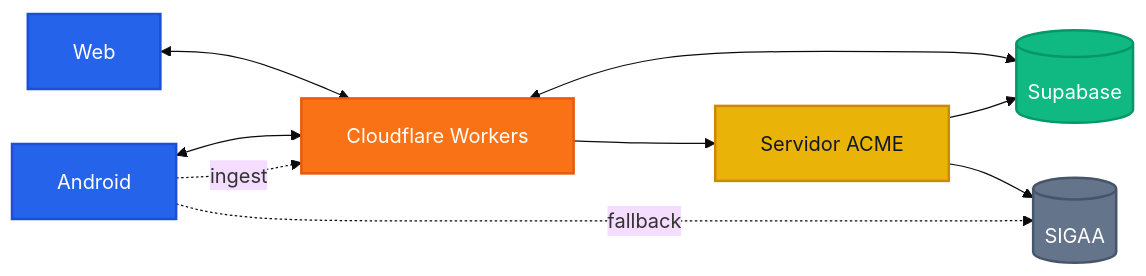
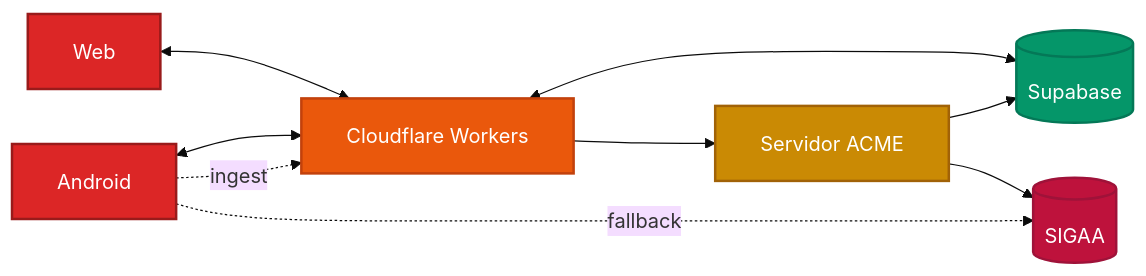
The first of 5 diagrams in README.md (KairoHenrique/CEFET-Academic-Planner), drawn with Mermaid before and after one commit. The commit also changed other lines of this file, not shown here.

Commit message:
docs: Mermaid vermelho/laranja no lugar de azul para contraste no GitHub

````diff
--- a/README.md
+++ b/README.md
@@ -115,31 +115,31 @@
 ```mermaid
 %%{init: {"theme": "base", "themeVariables": {"fontSize": "16px", "fontFamily": "Inter, Segoe UI, sans-serif"}, "flowchart": {"curve": "basis", "padding": 18, "nodeSpacing": 44, "rankSpacing": 54}}}%%
 flowchart LR
   WEB[Web]
   MOB[Android]
   CF[Cloudflare Workers]
   SB[(Supabase)]
   ACME[Servidor ACME]
   SIGAA[(SIGAA)]
 
   WEB <--> CF
   MOB <--> CF
   CF <--> SB
   CF --> ACME
   ACME --> SIGAA
   ACME --> SB
   MOB -.->|fallback| SIGAA
   MOB -.->|ingest| CF
 
-  classDef client fill:#2563EB,stroke:#1D4ED8,color:#FFFFFF,stroke-width:2px
-  classDef edge fill:#F97316,stroke:#EA580C,color:#FFFFFF,stroke-width:2px
-  classDef data fill:#10B981,stroke:#059669,color:#FFFFFF,stroke-width:2px
-  classDef home fill:#EAB308,stroke:#CA8A04,color:#111827,stroke-width:2px
-  classDef ext fill:#64748B,stroke:#475569,color:#FFFFFF,stroke-width:2px
+  classDef client fill:#DC2626,stroke:#991B1B,color:#FFFFFF,stroke-width:2px
+  classDef edge fill:#EA580C,stroke:#C2410C,color:#FFFFFF,stroke-width:2px
+  classDef data fill:#059669,stroke:#047857,color:#FFFFFF,stroke-width:2px
+  classDef home fill:#CA8A04,stroke:#A16207,color:#FFFFFF,stroke-width:2px
+  classDef ext fill:#BE123C,stroke:#9F1239,color:#FFFFFF,stroke-width:2px
 
   class WEB,MOB client
   class CF edge
   class SB data
   class ACME home
   class SIGAA ext
 ```
````
